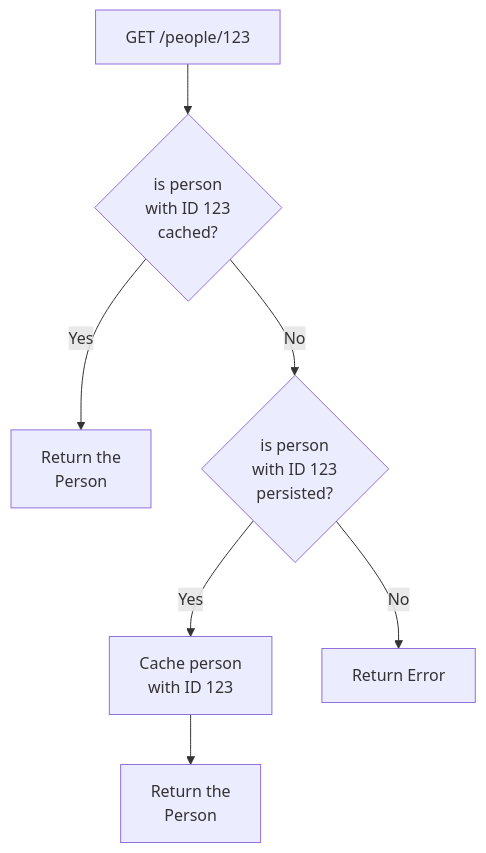
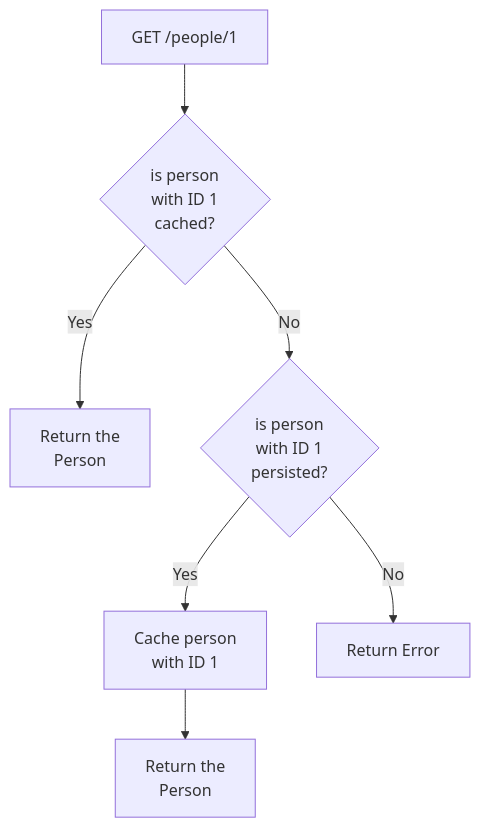
One commit to lucasvalenteds/poc-redis-cache-read-write changed the second of 2 diagrams in README.md. Above: the diagram before and after it, drawn with Mermaid. The commit also changed other lines of this file, not shown here.

Commit message:
Documenting write execution flow in README file

````diff
--- a/README.md
+++ b/README.md
@@ -23,8 +34,8 @@
 ```mermaid
 flowchart TB
-    A[GET /people/123] --> B{is person\nwith ID 123\ncached?}
+    A[GET /people/1] --> B{is person\nwith ID 1\ncached?}
     B --> |Yes| C[Return the\nPerson]
-    B --> |No| D{is person\nwith ID 123\npersisted? }
-    D --> |Yes| E[Cache person\nwith ID 123] --> F[Return the\nPerson]
+    B --> |No| D{is person\nwith ID 1\npersisted? }
+    D --> |Yes| E[Cache person\nwith ID 1] --> F[Return the\nPerson]
     D --> |No| G[Return Error]
 ```
````
